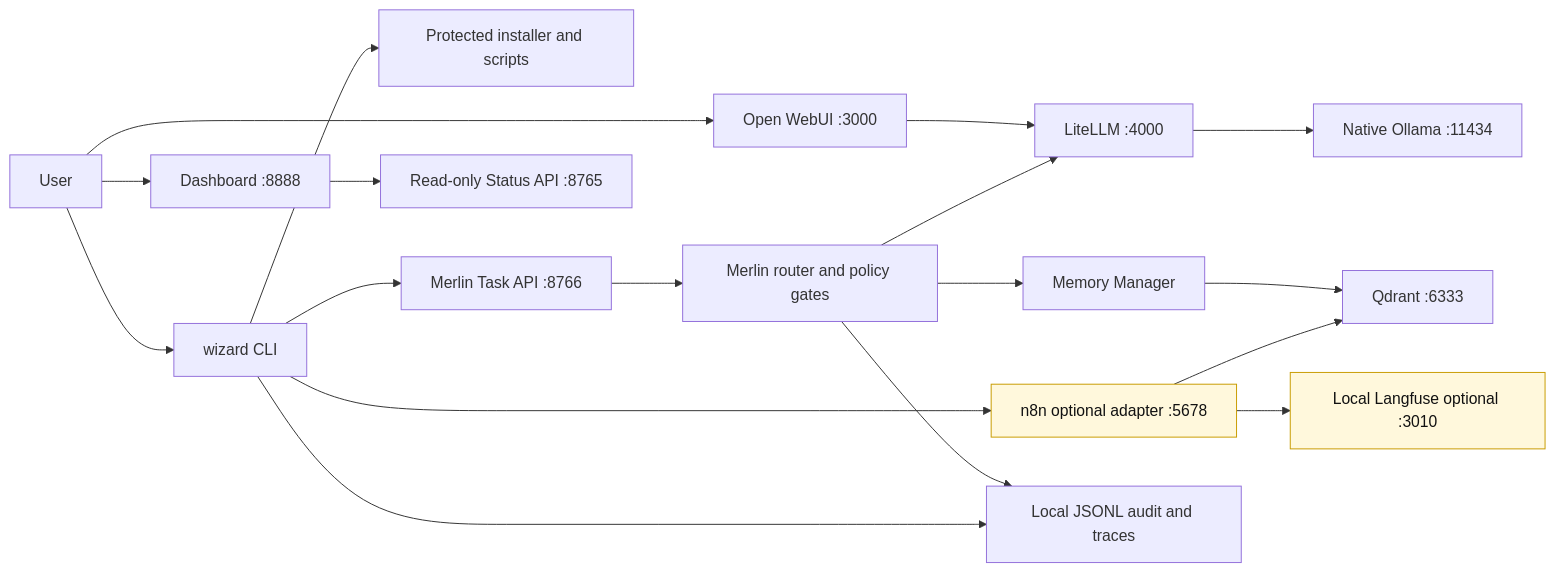
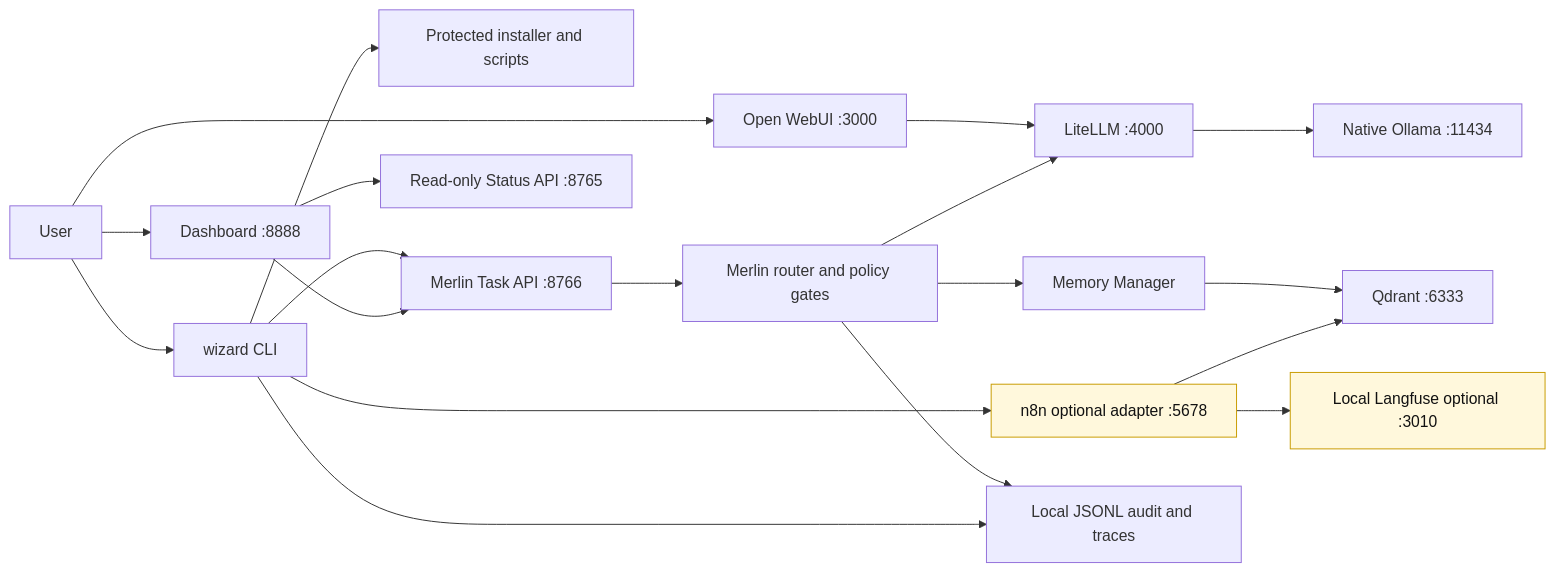
One commit to TheYfactora12/Secure-Local--AI-Merlin changed the diagram in docs/CANONICAL_PROJECT_STATE.md. Above: the diagram before and after it, drawn with Mermaid. The commit also changed other lines of this file and 3 other files, not shown here.

````diff
--- a/docs/CANONICAL_PROJECT_STATE.md
+++ b/docs/CANONICAL_PROJECT_STATE.md
@@ -47,28 +50,29 @@
 ```mermaid
 flowchart LR
     User[User] --> Wizard[wizard CLI]
     User --> WebUI[Open WebUI :3000]
     User --> Dashboard[Dashboard :8888]
 
     Wizard --> Installer[Protected installer and scripts]
     Wizard --> MerlinTask[Merlin Task API :8766]
     Dashboard --> StatusAPI[Read-only Status API :8765]
+    Dashboard --> MerlinTask
 
     WebUI --> LiteLLM[LiteLLM :4000]
     MerlinTask --> Router[Merlin router and policy gates]
     Router --> LiteLLM
     Router --> Memory[Memory Manager]
 
     LiteLLM --> Ollama[Native Ollama :11434]
     Memory --> Qdrant[Qdrant :6333]
 
     Wizard --> N8N[n8n optional adapter :5678]
     N8N --> Qdrant
     N8N --> LocalLangfuse[Local Langfuse optional :3010]
 
     Router --> Audit[Local JSONL audit and traces]
     Wizard --> Audit
 
     classDef optional fill:#fff8dc,stroke:#c99c00,color:#111;
     class N8N,LocalLangfuse optional;
 ```
````
